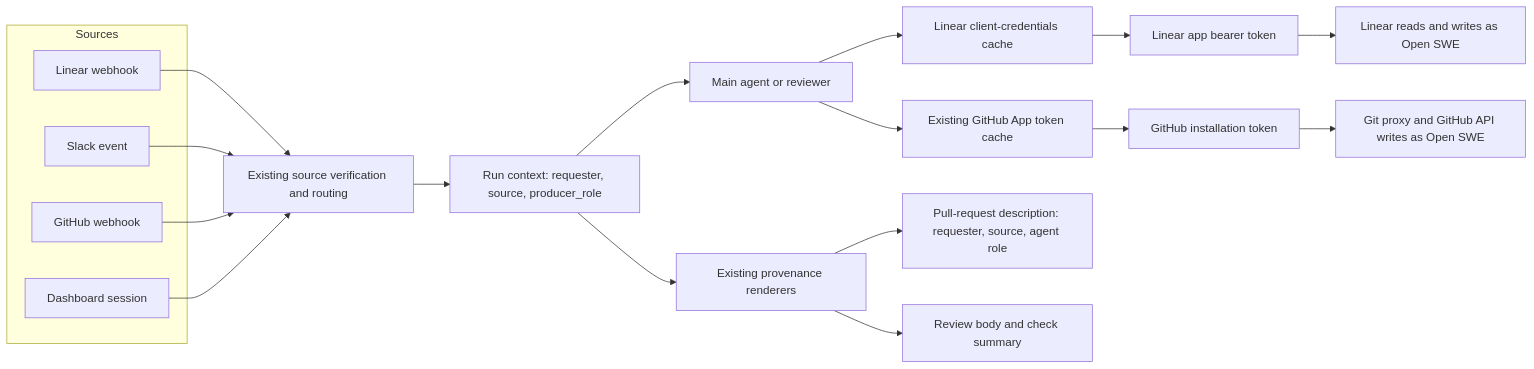
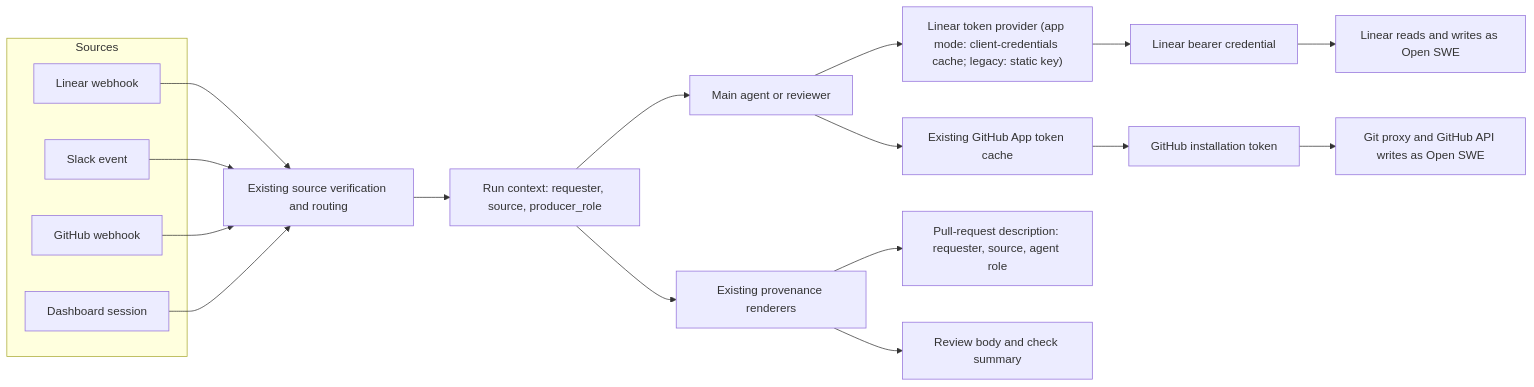
One commit to mobilyze-llc/open-swe changed the first of 2 diagrams in docs/plans/2026-07-23-001-feat-open-swe-service-identity-plan.md. Above: the diagram before and after it, drawn with Mermaid. The commit also changed other lines of this file, not shown here.

````diff
--- a/docs/plans/2026-07-23-001-feat-open-swe-service-identity-plan.md
+++ b/docs/plans/2026-07-23-001-feat-open-swe-service-identity-plan.md
@@ -197,29 +208,29 @@
 ```mermaid
 flowchart LR
   subgraph Sources
     LI["Linear webhook"]
     SL["Slack event"]
     GH["GitHub webhook"]
     DB["Dashboard session"]
   end
 
   LI --> SV["Existing source verification and routing"]
   SL --> SV
   GH --> SV
   DB --> SV
 
   SV --> RC["Run context: requester, source, producer_role"]
   RC --> AG["Main agent or reviewer"]
 
-  LC["Linear client-credentials cache"] --> LA["Linear app bearer token"]
+  LC["Linear token provider (app mode: client-credentials cache; legacy: static key)"] --> LA["Linear bearer credential"]
   GA["Existing GitHub App token cache"] --> GI["GitHub installation token"]
 
   AG --> LC
   AG --> GA
   LA --> LW["Linear reads and writes as Open SWE"]
   GI --> GP["Git proxy and GitHub API writes as Open SWE"]
 
   RC --> PV["Existing provenance renderers"]
   PV --> PR["Pull-request description: requester, source, agent role"]
   PV --> RV["Review body and check summary"]
 ```
````
